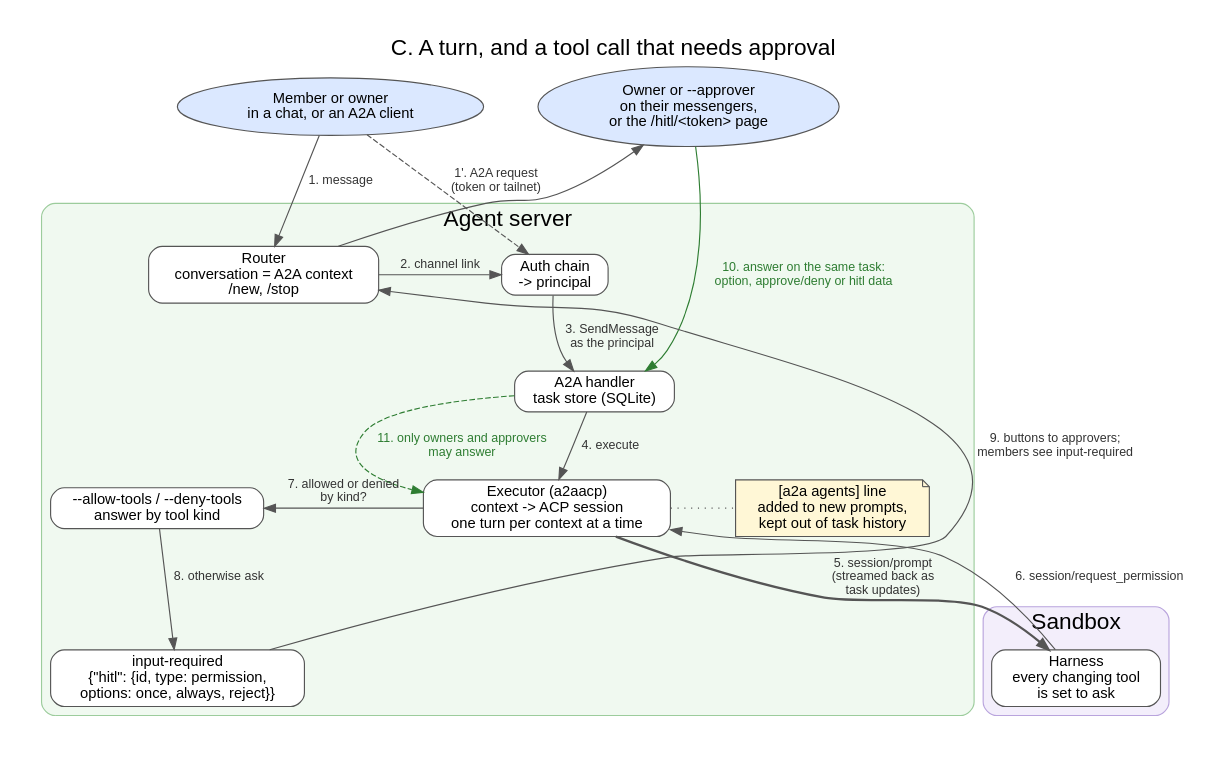
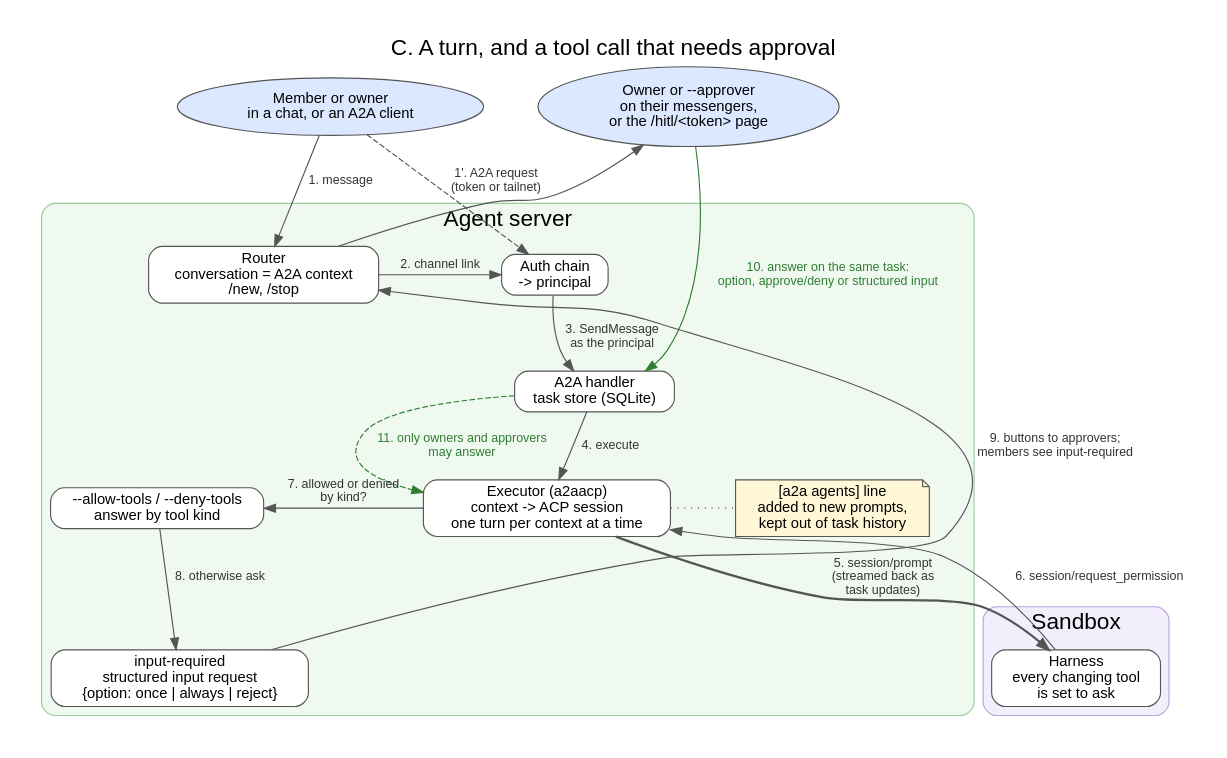
Before and after one commit to a2aproject/a2a-serve: the diagram in docs/graphs/agent-server-turn.dot, drawn with Graphviz. The commit also changed 24 other files, not shown here.

```diff
--- a/docs/graphs/agent-server-turn.dot
+++ b/docs/graphs/agent-server-turn.dot
@@ -1,50 +1,50 @@
 // C. One turn: a message from a chat or an A2A client becomes an ACP prompt,
 // and a tool call that changes something waits for an approver.
 // Render: dot -Tpng -Gdpi=110 agent-server-turn.dot -o agent-server-turn.png
 digraph agent_server_turn {
   rankdir=TB;
   graph [fontname="Helvetica", nodesep=0.4, ranksep=0.5, pad=0.3, newrank=true,
          label="C. A turn, and a tool call that needs approval", labelloc=t, fontsize=20];
   node  [fontname="Helvetica", fontsize=13, shape=box, style="rounded,filled", fillcolor="#ffffff", color="#555555"];
   edge  [fontname="Helvetica", fontsize=11, color="#555555", fontcolor="#333333"];
 
   { rank=same;
     User     [label="Member or owner\nin a chat, or an A2A client", shape=ellipse, fillcolor="#dbe8ff"];
     Approver [label="Owner or --approver\non their messengers,\nor the /hitl/<token> page", shape=ellipse, fillcolor="#dbe8ff"];
   }
 
   subgraph cluster_server {
     label="Agent server"; style="rounded,filled"; fillcolor="#f0f9f0"; color="#9ccc9c";
     { rank=same;
       Router  [label="Router\nconversation = A2A context\n/new, /stop"];
       Auth    [label="Auth chain\n-> principal"];
     }
     Handler [label="A2A handler\ntask store (SQLite)"];
     { rank=same;
       Rules   [label="--allow-tools / --deny-tools\nanswer by tool kind"];
       Exec    [label="Executor (a2aacp)\ncontext -> ACP session\none turn per context at a time"];
       Line    [label="[a2a agents] line\nadded to new prompts,\nkept out of task history", shape=note, fillcolor="#fff7d6"];
     }
-    Hitl    [label="input-required\n{\"hitl\": {id, type: permission,\noptions: once, always, reject}}"];
+    Hitl    [label="input-required\nstructured input request\n{option: once | always | reject}"];
   }
 
   subgraph cluster_sandbox {
     label="Sandbox"; style="rounded,filled"; fillcolor="#f3eefb"; color="#b9a4dd";
     Harness [label="Harness\nevery changing tool\nis set to ask"];
   }
 
   User -> Router   [label="1. message"];
   User -> Auth     [label="1'. A2A request\n(token or tailnet)", style=dashed];
   Router -> Auth   [label="2. channel link"];
   Auth -> Handler  [label="3. SendMessage\nas the principal"];
   Handler -> Exec  [label="4. execute"];
   Exec -> Line     [style=dotted, dir=none];
   Exec -> Harness  [label="5. session/prompt\n(streamed back as\ntask updates)", style=bold];
   Harness -> Exec  [label="6. session/request_permission"];
   Exec -> Rules    [label="7. allowed or denied\nby kind?"];
   Rules -> Hitl    [label="8. otherwise ask"];
   Hitl -> Router   [label="9. buttons to approvers;\nmembers see input-required", constraint=false];
   Router -> Approver [constraint=false];
-  Approver -> Handler [label="10. answer on the same task:\noption, approve/deny or hitl data", color="#2e7d32", fontcolor="#2e7d32"];
+  Approver -> Handler [label="10. answer on the same task:\noption, approve/deny or structured input", color="#2e7d32", fontcolor="#2e7d32"];
   Handler -> Exec  [label="11. only owners and approvers\nmay answer", style=dashed, color="#2e7d32", fontcolor="#2e7d32"];
 }
```
